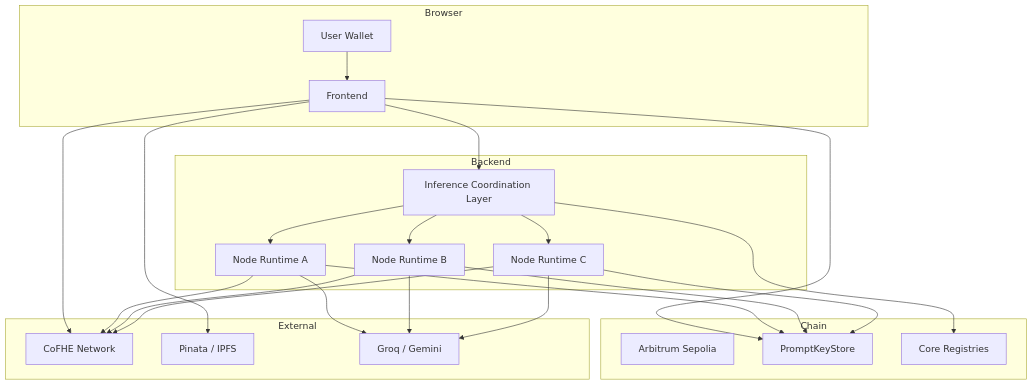
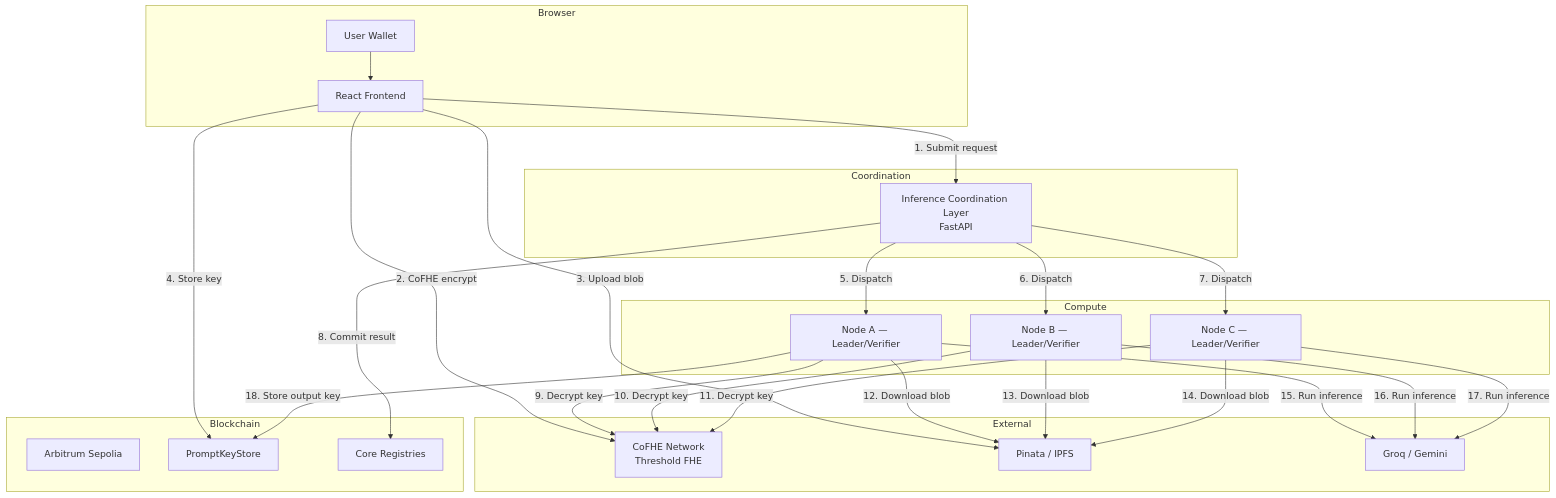
One commit to AbhishekPanwarr/Blindference changed the first of 4 diagrams in ARCHITECTURE.md. Above: the diagram before and after it, drawn with Mermaid. The commit also changed other lines of this file and 418 other files, not shown here.

````diff
--- a/ARCHITECTURE.md
+++ b/ARCHITECTURE.md
@@ -18,47 +18,52 @@
 ```mermaid
 flowchart TB
     subgraph Browser
         U[User Wallet]
-        FE[Frontend]
+        FE[React Frontend]
     end
 
-    subgraph Backend
-        ICL[Inference Coordination Layer]
-        N1[Node Runtime A]
-        N2[Node Runtime B]
-        N3[Node Runtime C]
+    subgraph Coordination
+        ICL[Inference Coordination Layer<br/>FastAPI]
     end
 
-    subgraph Chain
+    subgraph Compute
+        N1[Node A — Leader/Verifier]
+        N2[Node B — Leader/Verifier]
+        N3[Node C — Leader/Verifier]
+    end
+
+    subgraph Blockchain
         ARB[Arbitrum Sepolia]
         PKS[PromptKeyStore]
         CORE[Core Registries]
     end
 
     subgraph External
-        COFHE[CoFHE Network]
+        COFHE[CoFHE Network<br/>Threshold FHE]
         PINATA[Pinata / IPFS]
         LLM[Groq / Gemini]
     end
 
     U --> FE
-    FE --> ICL
-    FE --> COFHE
-    FE --> PINATA
-    FE --> PKS
+    FE -->|1. Submit request| ICL
+    FE -->|2. CoFHE encrypt| COFHE
+    FE -->|3. Upload blob| PINATA
+    FE -->|4. Store key| PKS
 
-    ICL --> N1
-    ICL --> N2
-    ICL --> N3
-    ICL --> CORE
+    ICL -->|5. Dispatch| N1
+    ICL -->|6. Dispatch| N2
+    ICL -->|7. Dispatch| N3
+    ICL -->|8. Commit result| CORE
 
-    N1 --> COFHE
-    N2 --> COFHE
-    N3 --> COFHE
-    N1 --> LLM
-    N2 --> LLM
-    N3 --> LLM
-    N1 --> PKS
-    N2 --> PKS
-    N3 --> PKS
+    N1 -->|9. Decrypt key| COFHE
+    N2 -->|10. Decrypt key| COFHE
+    N3 -->|11. Decrypt key| COFHE
+    N1 -->|12. Download blob| PINATA
+    N2 -->|13. Download blob| PINATA
+    N3 -->|14. Download blob| PINATA
+    N1 -->|15. Run inference| LLM
+    N2 -->|16. Run inference| LLM
+    N3 -->|17. Run inference| LLM
+
+    N1 -->|18. Store output key| PKS
 ```
````
